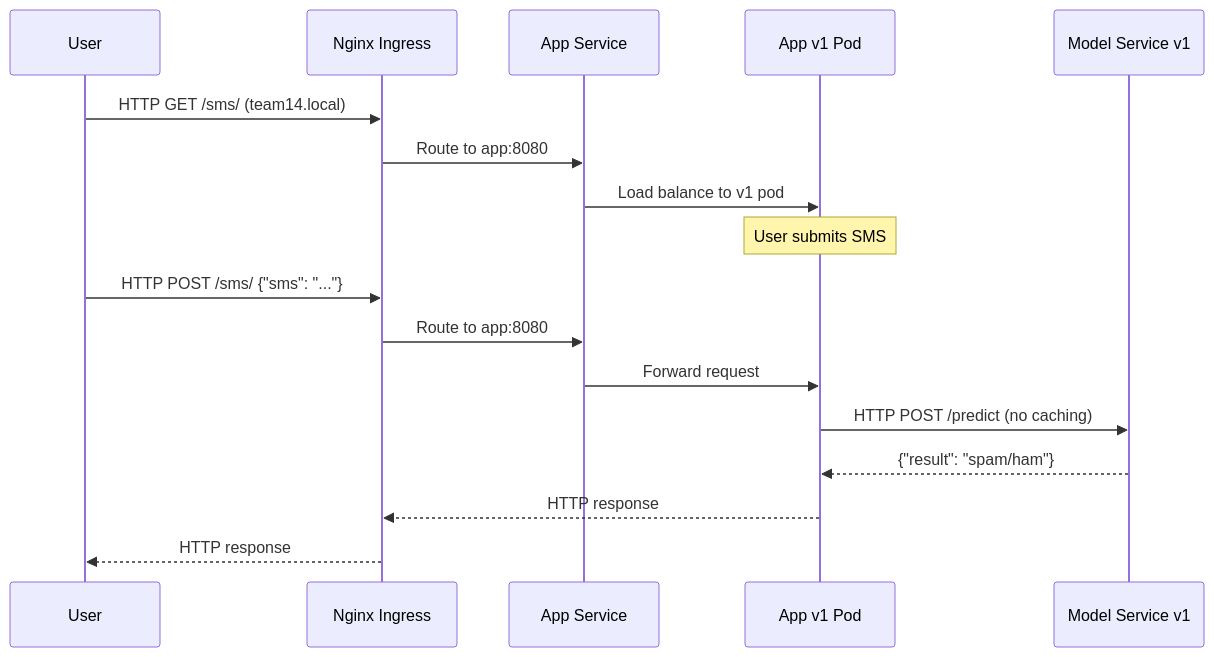
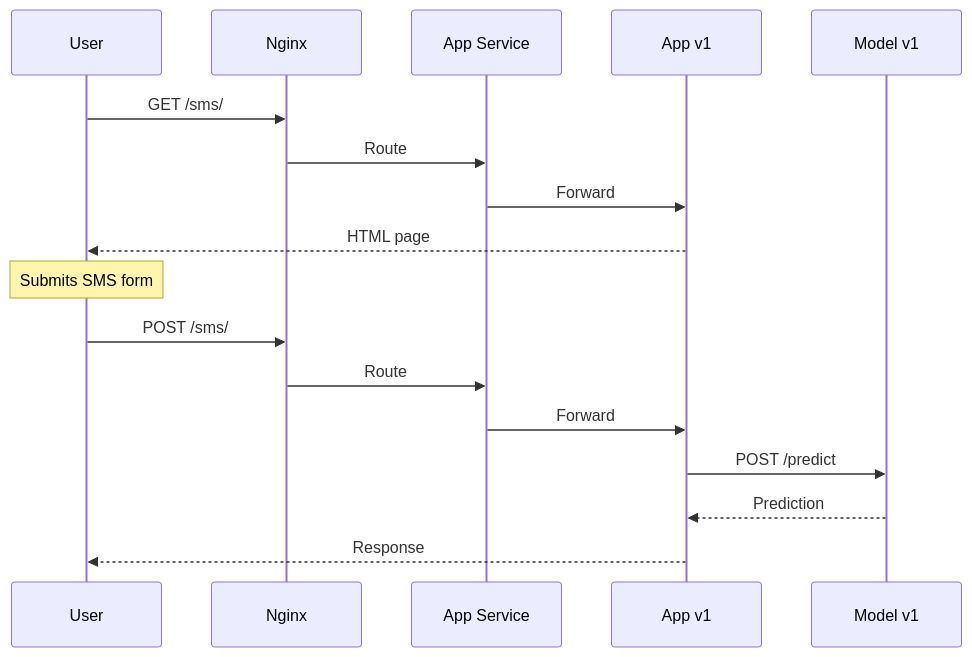
The third of 7 diagrams in docs/deployment.md (doda2025-team14/operation), drawn with Mermaid before and after one commit.

Commit message:
improved stable path sequence diagram

````diff
--- a/docs/deployment.md
+++ b/docs/deployment.md
@@ -165,20 +165,22 @@
 ```mermaid
 sequenceDiagram
     participant U as User
-    participant N as Nginx Ingress
+    participant N as Nginx
     participant S as App Service
-    participant A as App v1 Pod
-    participant M as Model Service v1
+    participant A as App v1
+    participant M as Model v1
 
-    U->>N: HTTP GET /sms/ (team14.local)
-    N->>S: Route to app:8080
-    S->>A: Load balance to v1 pod
-    Note over A: User submits SMS
-    U->>N: HTTP POST /sms/ {"sms": "..."}
-    N->>S: Route to app:8080
-    S->>A: Forward request
-    A->>M: HTTP POST /predict (no caching)
-    M-->>A: {"result": "spam/ham"}
-    A-->>N: HTTP response
-    N-->>U: HTTP response
+    U->>N: GET /sms/
+    N->>S: Route
+    S->>A: Forward
+    A-->>U: HTML page
+    
+    Note over U: Submits SMS form
+    
+    U->>N: POST /sms/
+    N->>S: Route
+    S->>A: Forward
+    A->>M: POST /predict
+    M-->>A: Prediction
+    A-->>U: Response
 ```
````
